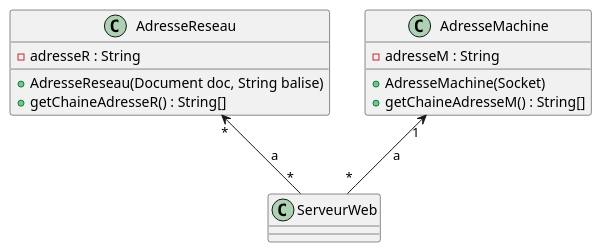
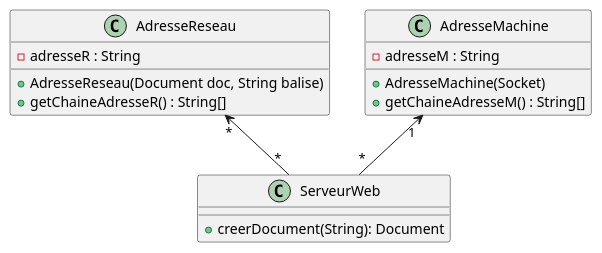
The diagram in Reseau_quilliou_leveque_herrmann/diagrammes/diag_class_global.puml (Erwanquilliou/2024_Reseau_Quilliou_Leveque_Herrmann), drawn with PlantUML before and after one commit. The commit also changed 1 other file, not shown here.

Commit message:
push diagramme et png

```diff
--- a/Reseau_quilliou_leveque_herrmann/diagrammes/diag_class_global.puml
+++ b/Reseau_quilliou_leveque_herrmann/diagrammes/diag_class_global.puml
@@ -1,23 +1,27 @@
 @startuml
 'https://plantuml.com/class-diagram
 
 class AdresseReseau
 class AdresseMachine
 class ServeurWeb
 
-AdresseReseau "*" <-- "*" ServeurWeb : "a"
-AdresseMachine "1" <-- "*" ServeurWeb : "a"
+AdresseReseau "*" <-- "*" ServeurWeb
+AdresseMachine "1" <-- "*" ServeurWeb
 
 class AdresseReseau{
 - adresseR : String
 + AdresseReseau(Document doc, String balise)
 + getChaineAdresseR() : String[]
 }
 
 class AdresseMachine{
 - adresseM : String
 + AdresseMachine(Socket)
 + getChaineAdresseM() : String[]
 }
 
+class ServeurWeb {
++ creerDocument(String): Document
+}
+
 @enduml
```
